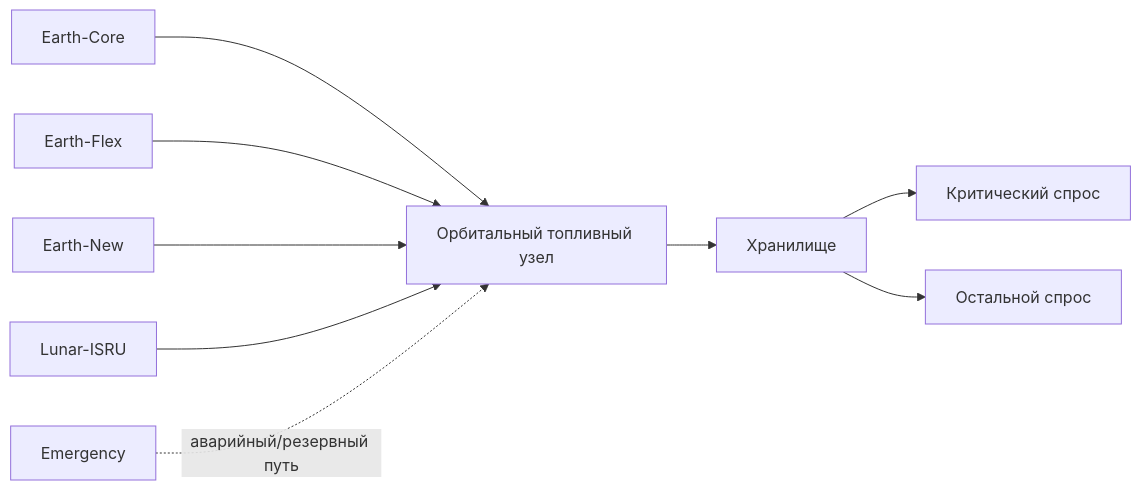
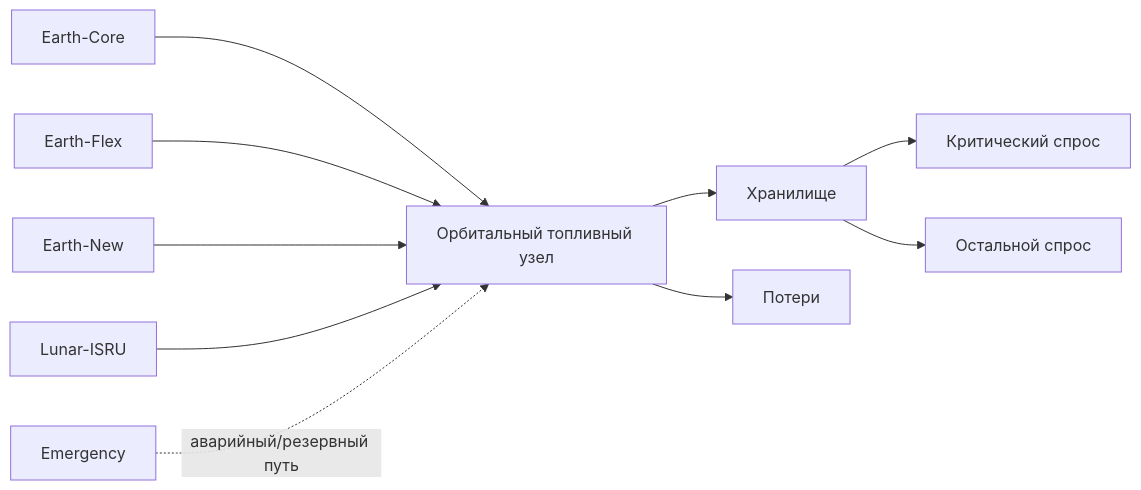
The second of 7 diagrams in README.md (SpaceEconomyPolicy/test_oil), drawn with Mermaid before and after one commit.

````diff
--- a/README.md
+++ b/README.md
@@ -154,11 +154,12 @@
 ```mermaid
 flowchart LR
     EC[Earth-Core] --> HUB[Орбитальный топливный узел]
     EF[Earth-Flex] --> HUB
     EN[Earth-New] --> HUB
     LI[Lunar-ISRU] --> HUB
     EM[Emergency] -. аварийный/резервный путь .-> HUB
     HUB --> ST[Хранилище]
+    HUB --> LOSS["Потери"]
     ST --> CR[Критический спрос]
     ST --> OT[Остальной спрос]
 ```
````
